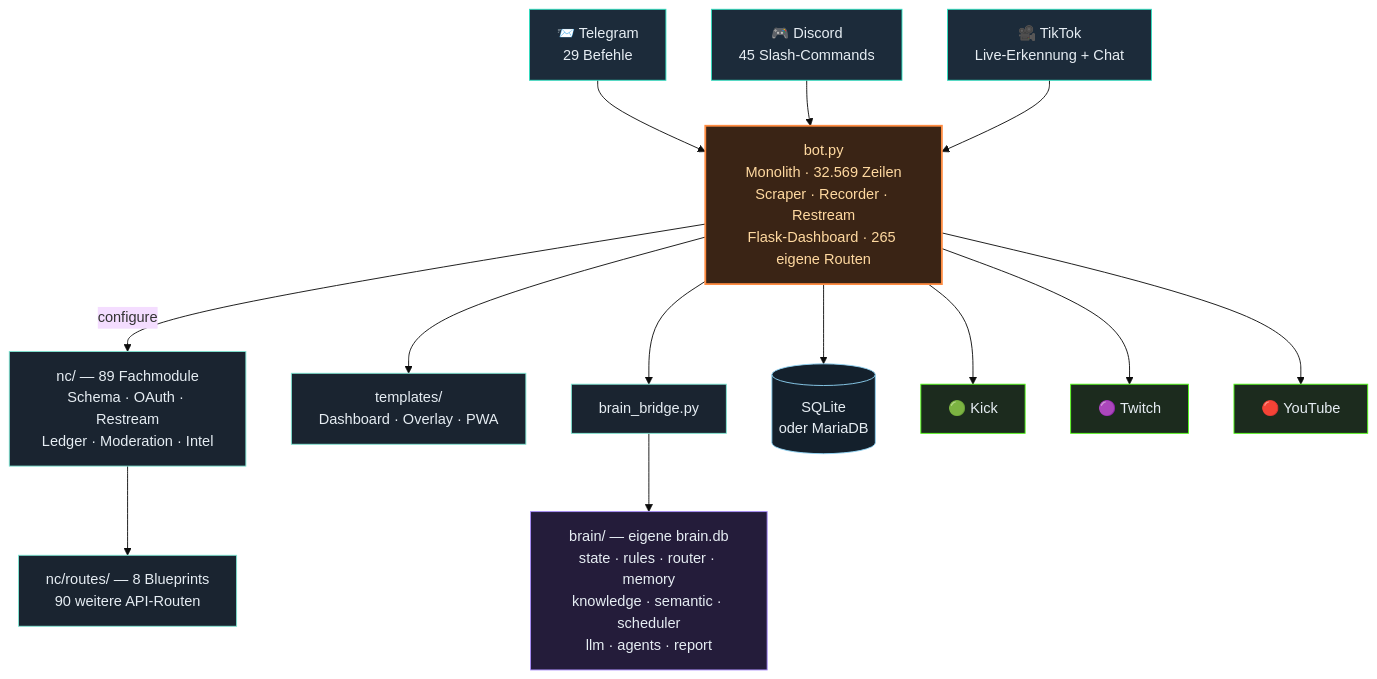
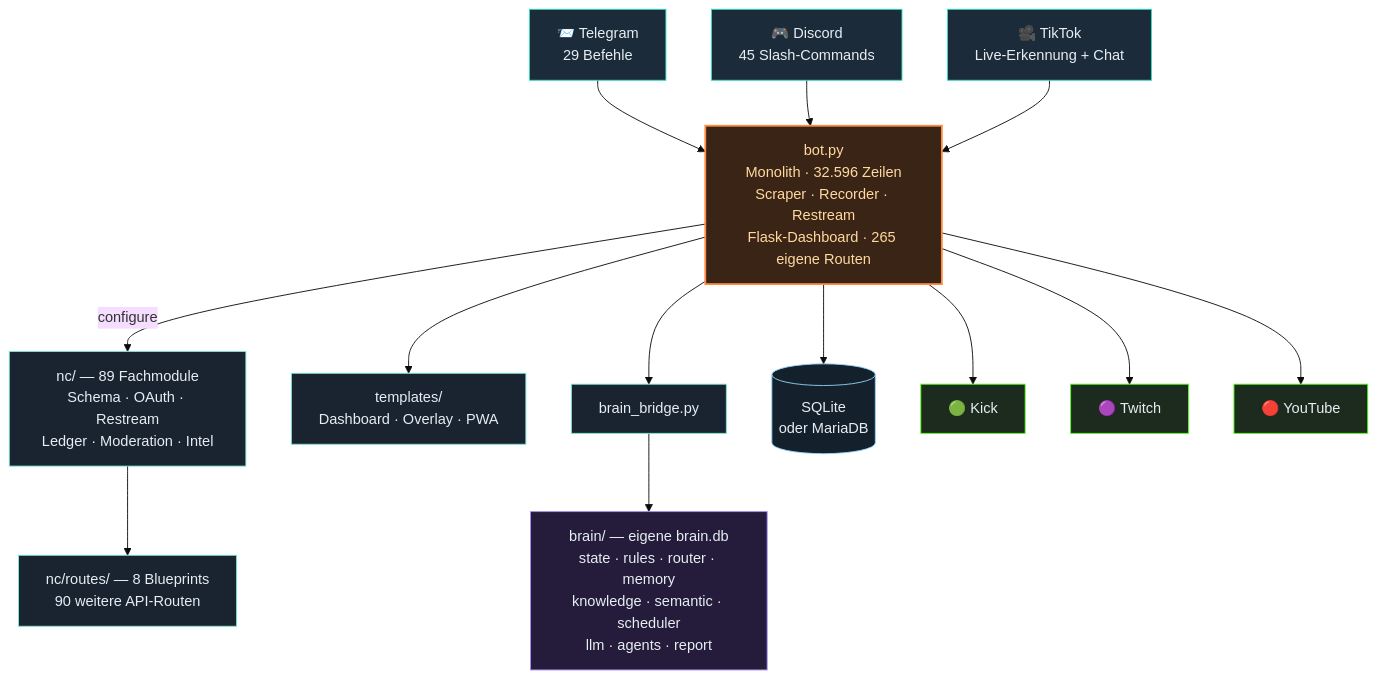
One commit to itsamemedev/Telegram-Stream-Info-Bot changed the third of 4 diagrams in README.md. Above: the diagram before and after it, drawn with Mermaid (base theme). The commit also changed other lines of this file and 7 other files, not shown here.

````diff
--- a/README.md
+++ b/README.md
@@ -187,30 +187,30 @@
 ```mermaid
 flowchart TB
     TG["📨 Telegram<br/>29 Befehle"]:::ein
     DC["🎮 Discord<br/>45 Slash-Commands"]:::ein
     TT["🎥 TikTok<br/>Live-Erkennung + Chat"]:::ein
 
     TG --> BOT
     DC --> BOT
     TT --> BOT
 
-    BOT["bot.py<br/>Monolith · 32.569 Zeilen<br/>Scraper · Recorder · Restream<br/>Flask-Dashboard · 265 eigene Routen"]:::core
+    BOT["bot.py<br/>Monolith · 32.596 Zeilen<br/>Scraper · Recorder · Restream<br/>Flask-Dashboard · 265 eigene Routen"]:::core
 
     BOT -->|configure| NC["nc/ — 89 Fachmodule<br/>Schema · OAuth · Restream<br/>Ledger · Moderation · Intel"]:::lib
     NC --> RT["nc/routes/ — 8 Blueprints<br/>90 weitere API-Routen"]:::lib
     BOT --> TPL["templates/<br/>Dashboard · Overlay · PWA"]:::lib
     BOT --> BR["brain_bridge.py"]:::lib
     BR --> BRAIN["brain/ — eigene brain.db<br/>state · rules · router · memory<br/>knowledge · semantic · scheduler<br/>llm · agents · report"]:::brain
     BOT --> DB[("SQLite<br/>oder MariaDB")]:::db
 
     BOT --> KICK["🟢 Kick"]:::out
     BOT --> TW["🟣 Twitch"]:::out
     BOT --> YT["🔴 YouTube"]:::out
 
     classDef ein fill:#1c2b3a,stroke:#2de1c2,color:#e6edf3
     classDef core fill:#3a2415,stroke:#ff8c42,stroke-width:2px,color:#ffd9a0
     classDef lib fill:#1a2430,stroke:#7fe7d4,color:#e6edf3
     classDef brain fill:#241c3a,stroke:#a78bfa,color:#e6edf3
     classDef db fill:#14202c,stroke:#8fd3f4,color:#e6edf3
     classDef out fill:#1c2b1e,stroke:#53fc18,color:#e6edf3
 ```
````
